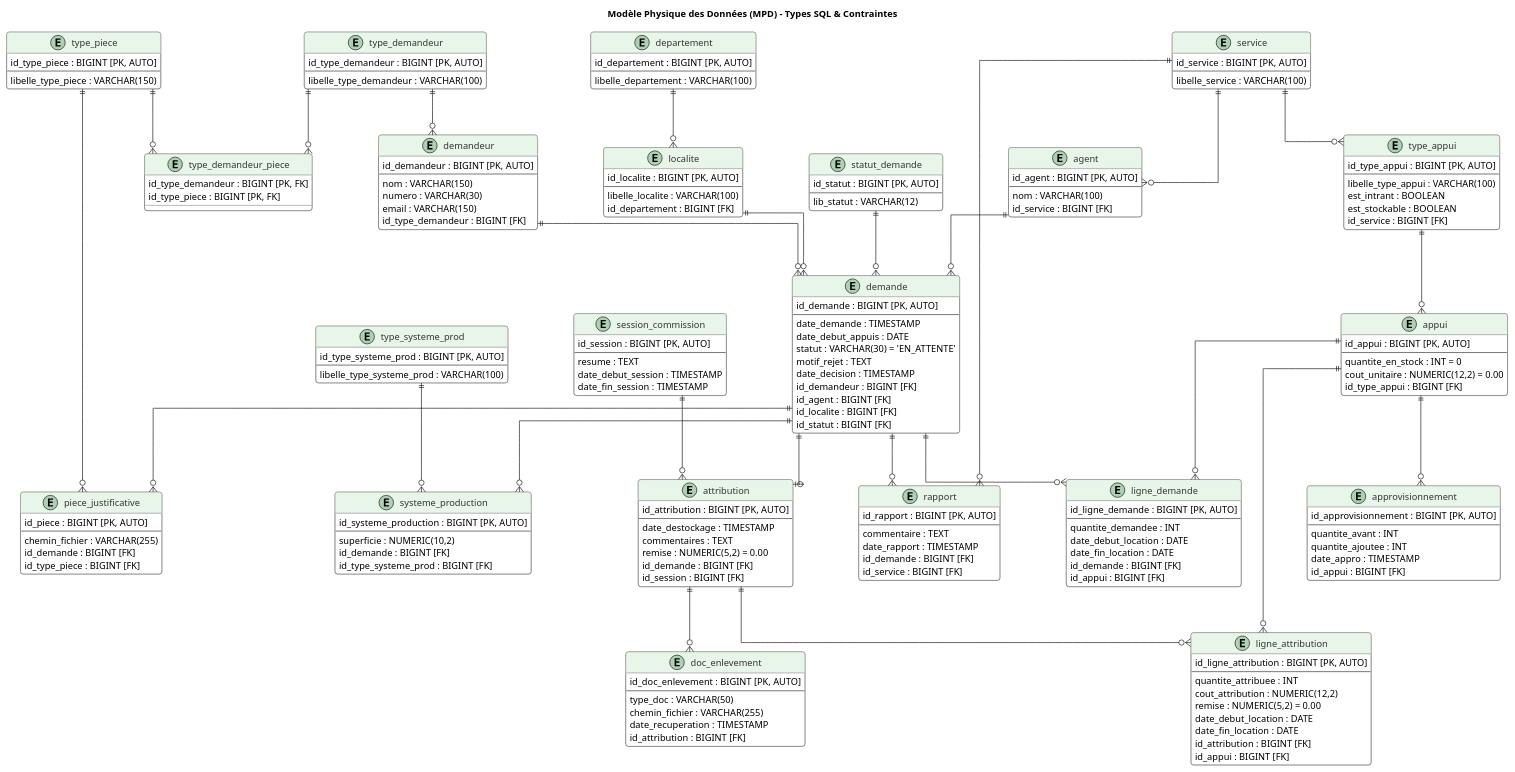
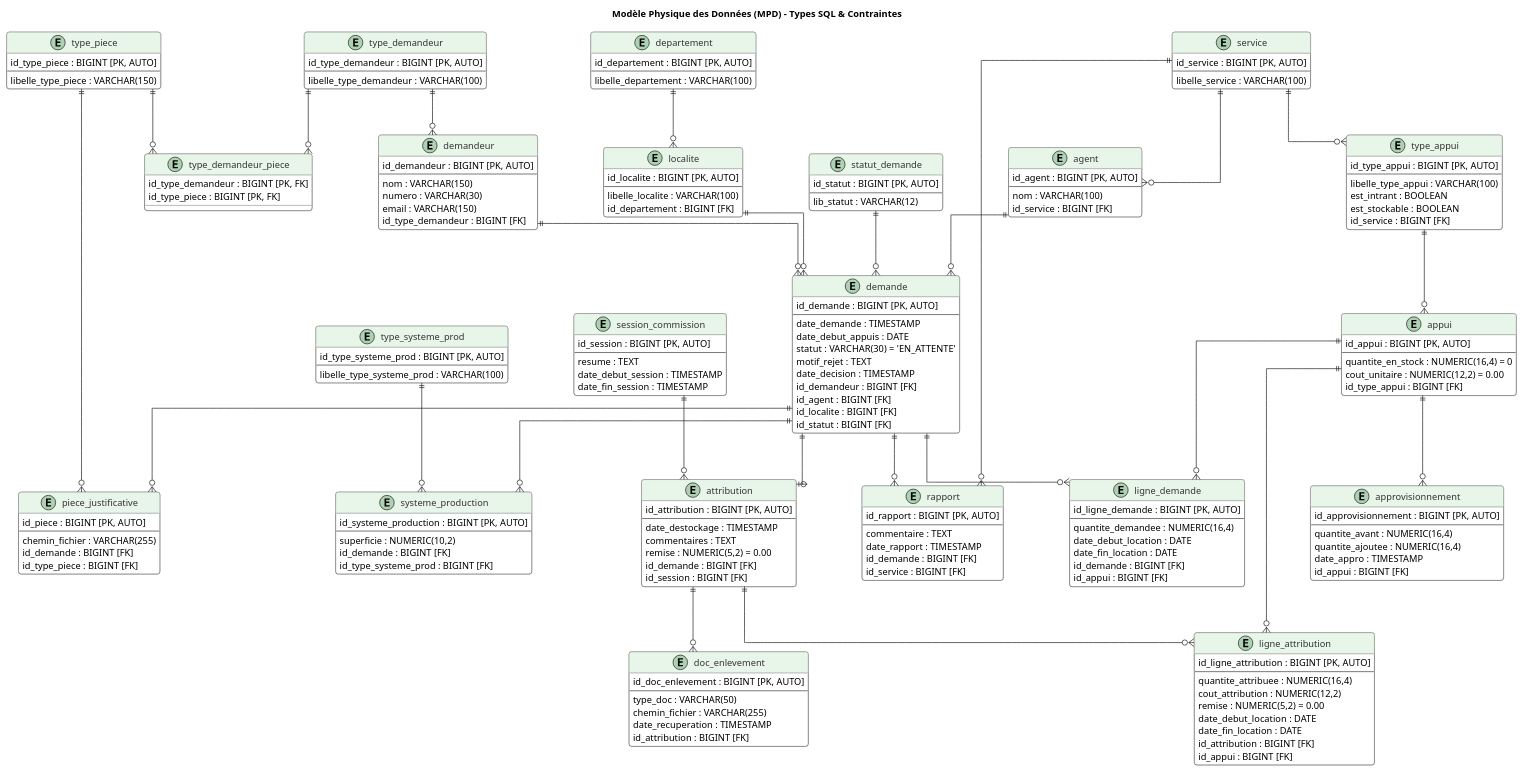
The diagram in docs/mpd/mpd.puml (marasse-codec/ORYZAPP), drawn with PlantUML before and after one commit. The commit also changed 51 other files, not shown here.

```diff
--- a/docs/mpd/mpd.puml
+++ b/docs/mpd/mpd.puml
@@ -120,7 +120,7 @@
 entity "appui" as t_appui {
   id_appui : BIGINT [PK, AUTO]
   --
-  quantite_en_stock : INT = 0
+  quantite_en_stock : NUMERIC(16,4) = 0
   cout_unitaire : NUMERIC(12,2) = 0.00
   id_type_appui : BIGINT [FK]
 }
@@ -128,7 +128,7 @@
 entity "ligne_demande" as t_ligne_demande {
   id_ligne_demande : BIGINT [PK, AUTO]
   --
-  quantite_demandee : INT
+  quantite_demandee : NUMERIC(16,4)
   date_debut_location : DATE
   date_fin_location : DATE
   id_demande : BIGINT [FK]
@@ -165,7 +165,7 @@
 entity "ligne_attribution" as t_ligne_attribution {
   id_ligne_attribution : BIGINT [PK, AUTO]
   --
-  quantite_attribuee : INT
+  quantite_attribuee : NUMERIC(16,4)
   cout_attribution : NUMERIC(12,2)
   remise : NUMERIC(5,2) = 0.00
   date_debut_location : DATE
@@ -186,8 +186,8 @@
 entity "approvisionnement" as t_approvisionnement {
   id_approvisionnement : BIGINT [PK, AUTO]
   --
-  quantite_avant : INT
-  quantite_ajoutee : INT
+  quantite_avant : NUMERIC(16,4)
+  quantite_ajoutee : NUMERIC(16,4)
   date_appro : TIMESTAMP
   id_appui : BIGINT [FK]
 }
```
